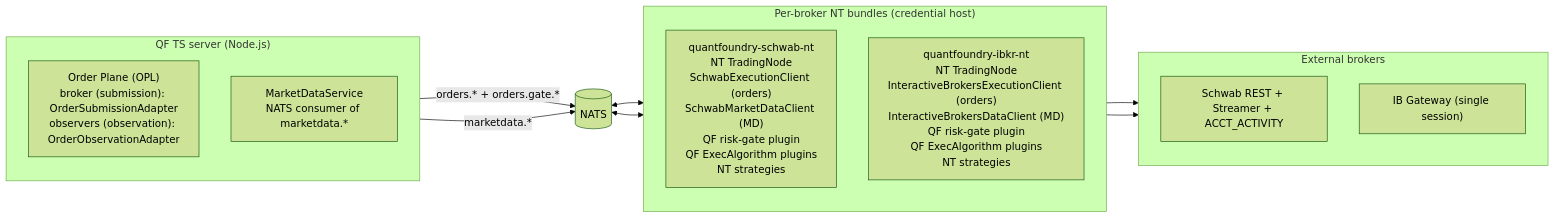
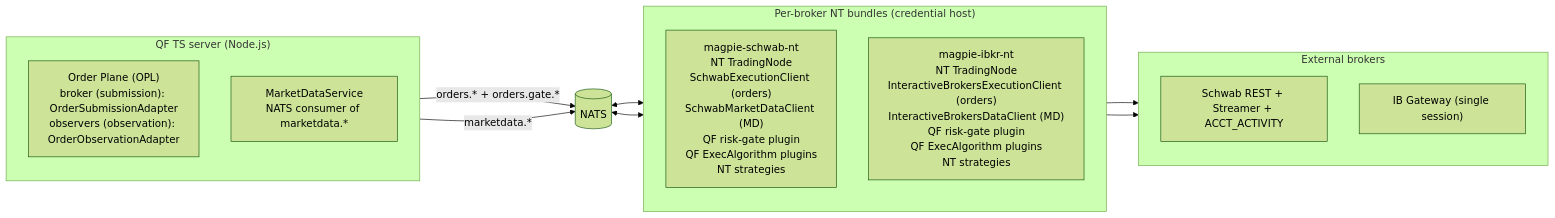
Before and after one commit to abwagner/Magpie: the diagram in docs/tdd/broker-integration.md, drawn with Mermaid (forest theme). The commit also changed other lines of this file and 466 other files, not shown here.

````diff
--- a/docs/tdd/broker-integration.md
+++ b/docs/tdd/broker-integration.md
@@ -33,30 +33,30 @@
 ```mermaid
 flowchart LR
   subgraph QFTS["QF TS server (Node.js)"]
     direction TB
     OPL["Order Plane (OPL)<br/>broker (submission): OrderSubmissionAdapter<br/>observers (observation): OrderObservationAdapter"]
     MDS["MarketDataService<br/>NATS consumer of marketdata.*"]
   end
 
   NATS[("NATS")]
 
   subgraph PY["Per-broker NT bundles (credential host)"]
     direction TB
-    SCHWAB["quantfoundry-schwab-nt<br/>NT TradingNode<br/>SchwabExecutionClient (orders)<br/>SchwabMarketDataClient (MD)<br/>QF risk-gate plugin<br/>QF ExecAlgorithm plugins<br/>NT strategies"]
-    IBKR["quantfoundry-ibkr-nt<br/>NT TradingNode<br/>InteractiveBrokersExecutionClient (orders)<br/>InteractiveBrokersDataClient (MD)<br/>QF risk-gate plugin<br/>QF ExecAlgorithm plugins<br/>NT strategies"]
+    SCHWAB["magpie-schwab-nt<br/>NT TradingNode<br/>SchwabExecutionClient (orders)<br/>SchwabMarketDataClient (MD)<br/>QF risk-gate plugin<br/>QF ExecAlgorithm plugins<br/>NT strategies"]
+    IBKR["magpie-ibkr-nt<br/>NT TradingNode<br/>InteractiveBrokersExecutionClient (orders)<br/>InteractiveBrokersDataClient (MD)<br/>QF risk-gate plugin<br/>QF ExecAlgorithm plugins<br/>NT strategies"]
   end
 
   subgraph BR["External brokers"]
     direction TB
     SCHWAB_API["Schwab REST + Streamer + ACCT_ACTIVITY"]
     IBG["IB Gateway (single session)"]
   end
 
   OPL -->|"orders.* + orders.gate.*"| NATS
   MDS -->|"marketdata.*"| NATS
   NATS <--> SCHWAB
   NATS <--> IBKR
 
   SCHWAB --> SCHWAB_API
   IBKR --> IBG
 ```
````
